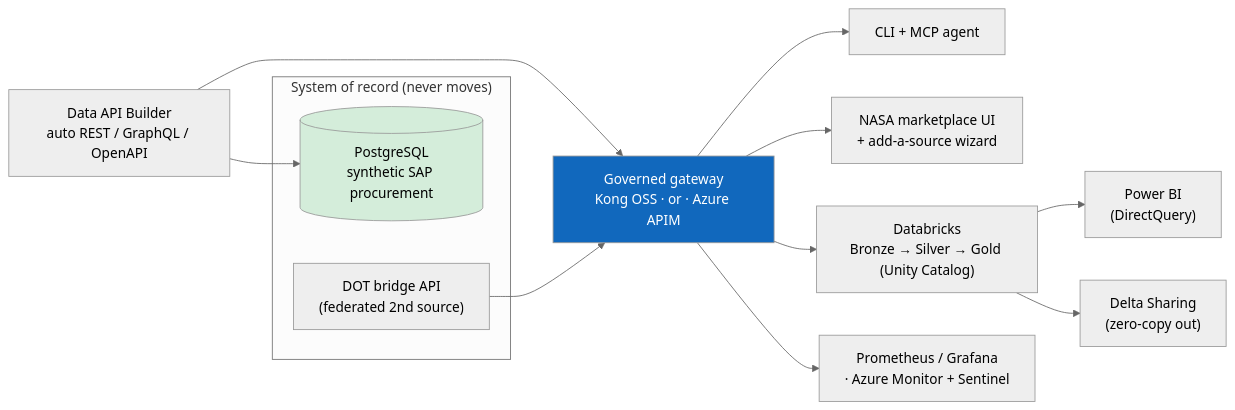
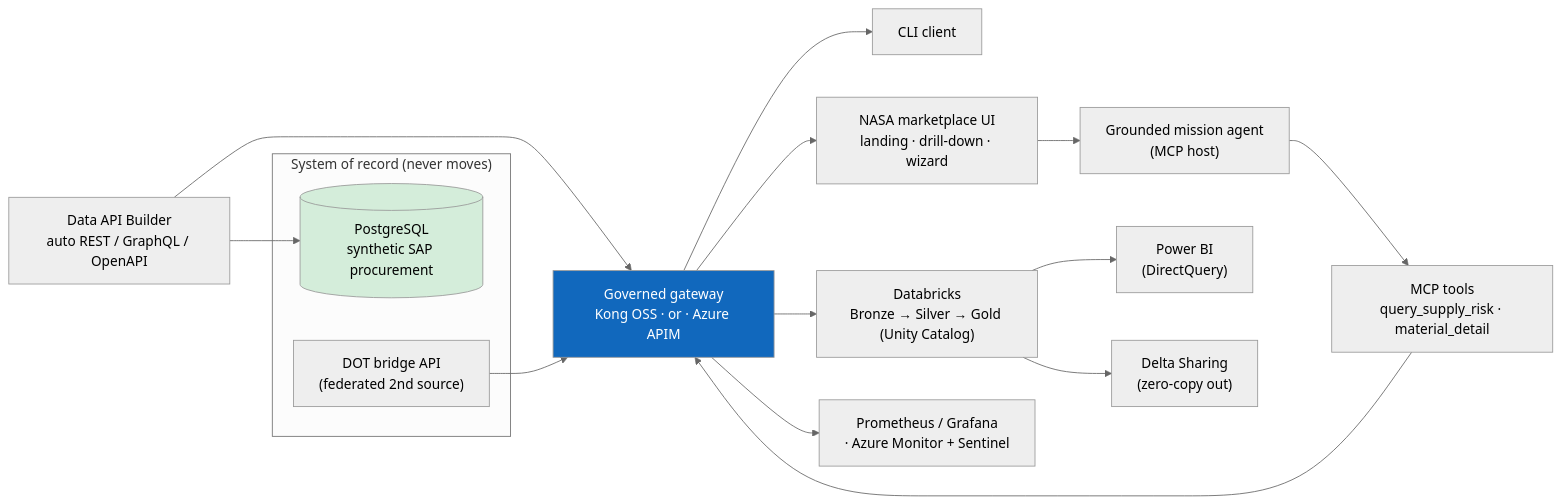
The first of 2 diagrams in docs/DEMO-COMPLETE.md (fgarofalo56/nasa-api-first-poc), drawn with Mermaid (neutral theme) before and after one commit. The commit also changed other lines of this file and 13 other files, not shown here.

First line of the commit message:
docs: sync the manual to the agent, landing page, drill-down + live add/remove (#18)

````diff
--- a/docs/DEMO-COMPLETE.md
+++ b/docs/DEMO-COMPLETE.md
@@ -98,19 +103,22 @@
 ```mermaid
 flowchart LR
     subgraph sor["System of record (never moves)"]
         PG[("PostgreSQL<br/>synthetic SAP procurement")]
         DOT["DOT bridge API<br/>(federated 2nd source)"]
     end
     DAB["Data API Builder<br/>auto REST / GraphQL / OpenAPI"] --> PG
     GW["Governed gateway<br/>Kong OSS · or · Azure APIM"]
     DAB --> GW
     DOT --> GW
-    GW --> CLI["CLI + MCP agent"]
-    GW --> UI["NASA marketplace UI<br/>+ add-a-source wizard"]
+    GW --> CLI["CLI client"]
+    AG["Grounded mission agent<br/>(MCP host)"] --> MCP["MCP tools<br/>query_supply_risk · material_detail"]
+    MCP --> GW
+    UI["NASA marketplace UI<br/>landing · drill-down · wizard"] --> AG
+    GW --> UI
     GW --> DBX["Databricks<br/>Bronze → Silver → Gold (Unity Catalog)"]
     DBX --> PBI["Power BI<br/>(DirectQuery)"]
     DBX --> SHARE["Delta Sharing<br/>(zero-copy out)"]
     GW --> OBS["Prometheus / Grafana<br/>· Azure Monitor + Sentinel"]
     style GW fill:#1168bd,color:#fff
     style PG fill:#d4edda
 ```
````
